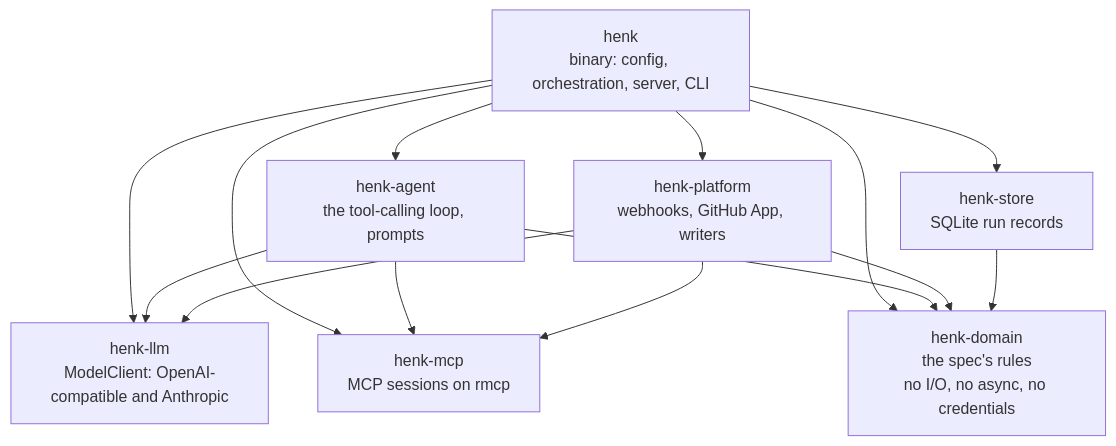
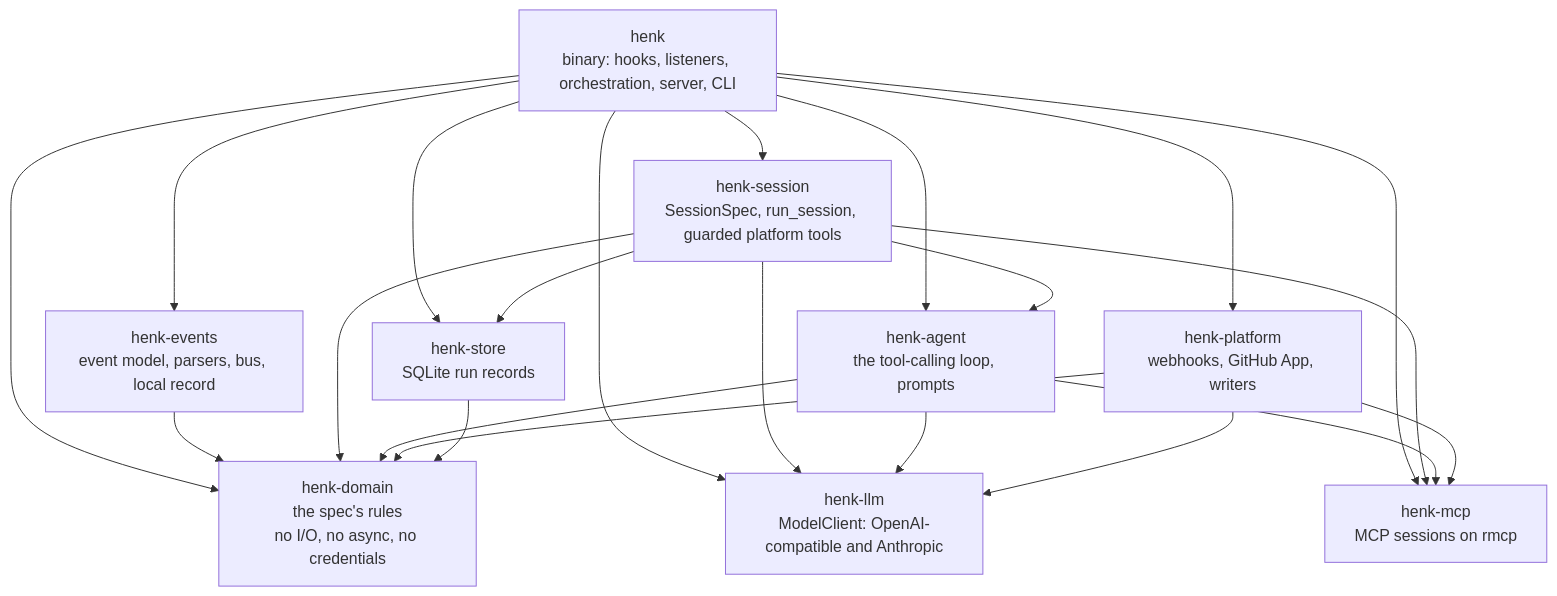
One commit to StephanMeijer/meneerhenk changed the second of 10 diagrams in ARCHITECTURE.md. Above: the diagram before and after it, drawn with Mermaid. The commit also changed other lines of this file and 7 other files, not shown here.

First line of the commit message:
Add hooks and compose the server from hooks, bus and listeners

````diff
--- a/ARCHITECTURE.md
+++ b/ARCHITECTURE.md
@@ -89,24 +89,34 @@
 ```mermaid
 flowchart TB
-    HENK["henk<br/>binary: config, orchestration, server, CLI"]
+    HENK["henk<br/>binary: hooks, listeners, orchestration, server, CLI"]
+    EVENTS["henk-events<br/>event model, parsers, bus, local record"]
+    SESSION["henk-session<br/>SessionSpec, run_session, guarded platform tools"]
     AGENT["henk-agent<br/>the tool-calling loop, prompts"]
     PLATFORM["henk-platform<br/>webhooks, GitHub App, writers"]
     STORE["henk-store<br/>SQLite run records"]
     LLM["henk-llm<br/>ModelClient: OpenAI-compatible and Anthropic"]
     MCP["henk-mcp<br/>MCP sessions on rmcp"]
     DOMAIN["henk-domain<br/>the spec's rules<br/>no I/O, no async, no credentials"]
 
+    HENK --> EVENTS
+    HENK --> SESSION
     HENK --> AGENT
     HENK --> PLATFORM
     HENK --> STORE
     HENK --> LLM
     HENK --> MCP
     HENK --> DOMAIN
+    EVENTS --> DOMAIN
+    SESSION --> AGENT
+    SESSION --> LLM
+    SESSION --> MCP
+    SESSION --> STORE
+    SESSION --> DOMAIN
     AGENT --> LLM
     AGENT --> MCP
     AGENT --> DOMAIN
     PLATFORM --> MCP
     PLATFORM --> LLM
     PLATFORM --> DOMAIN
     STORE --> DOMAIN
 ```
````
